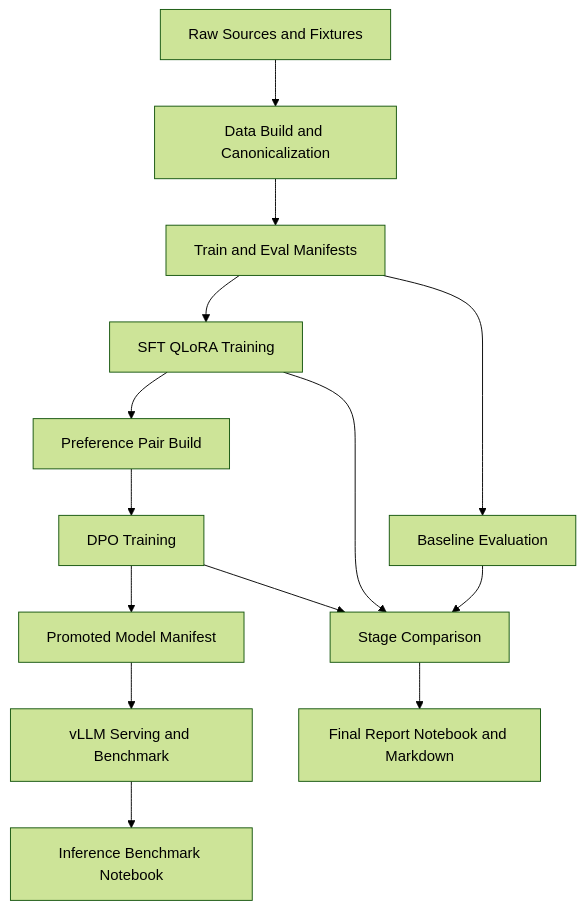
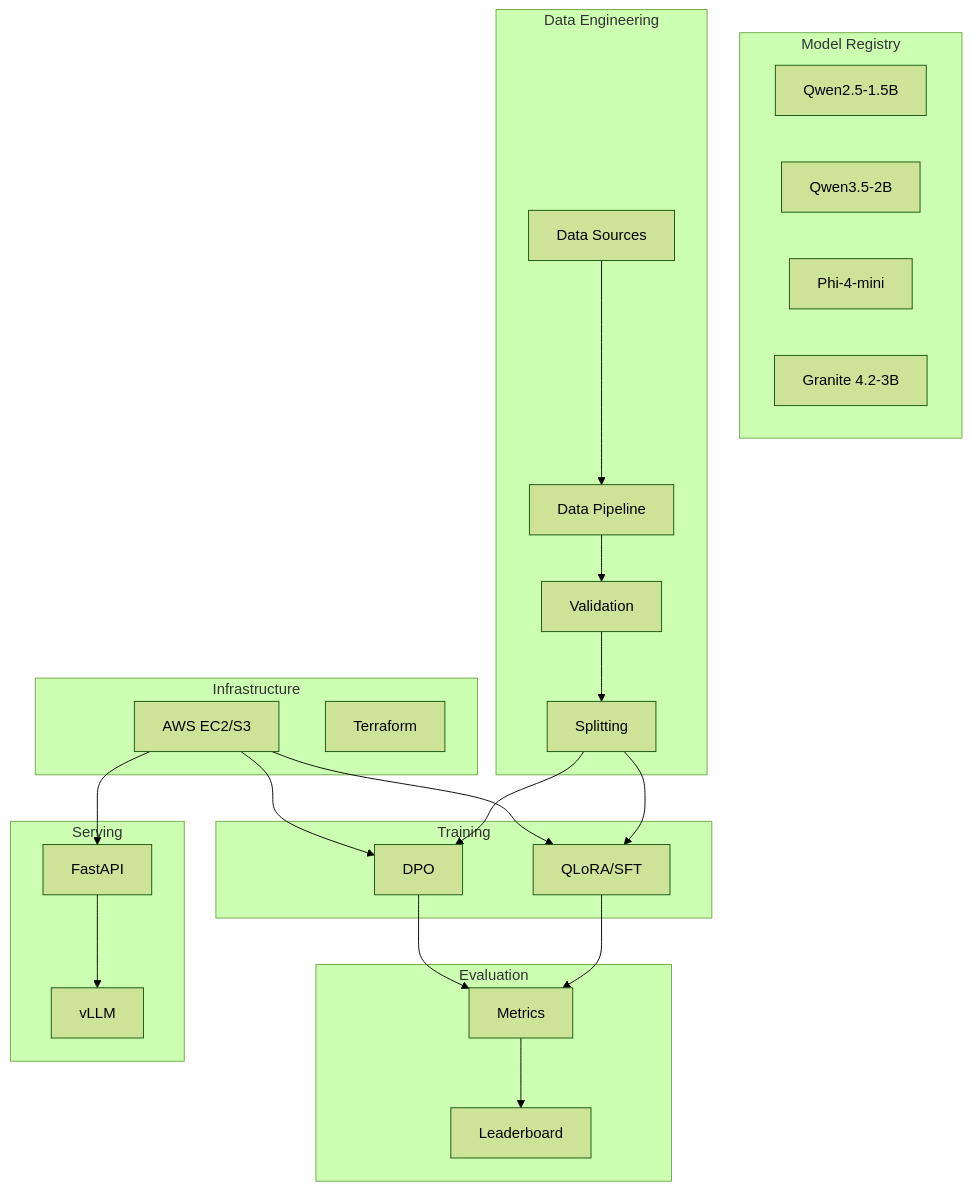
The diagram in README.md (Ayush-Singh986/Fine-Tuning-json-extraction-qlora-dpo), drawn with Mermaid (forest theme) before and after one commit. The commit also changed other lines of this file and 99 other files, not shown here.

````diff
--- a/README.md
+++ b/README.md
@@ -76,16 +80,49 @@
 ```mermaid
-flowchart TD
-  RawSources[Raw Sources and Fixtures] --> DataBuild[Data Build and Canonicalization]
-  DataBuild --> Manifests[Train and Eval Manifests]
-  Manifests --> BaselineEval[Baseline Evaluation]
-  Manifests --> SFTTrain[SFT QLoRA Training]
-  SFTTrain --> PrefBuild[Preference Pair Build]
-  PrefBuild --> DPOTrain[DPO Training]
-  BaselineEval --> Compare[Stage Comparison]
-  SFTTrain --> Compare
-  DPOTrain --> Compare
-  DPOTrain --> Promote[Promoted Model Manifest]
-  Promote --> VLLMServe[vLLM Serving and Benchmark]
-  VLLMServe --> InferenceReport[Inference Benchmark Notebook]
-  Compare --> FinalReport[Final Report Notebook and Markdown]
+flowchart TB
+    subgraph "Model Registry"
+        Qwen[Qwen2.5-1.5B]
+        Qwen3[Qwen3.5-2B]
+        Phi[Phi-4-mini]
+        Granite[Granite 4.2-3B]
+    end
+
+    subgraph "Data Engineering"
+        Sources[Data Sources]
+        Pipeline[Data Pipeline]
+        Validate[Validation]
+        Split[Splitting]
+    end
+
+    subgraph "Training"
+        SFT[QLoRA/SFT]
+        DPO[DPO]
+    end
+
+    subgraph "Evaluation"
+        Metrics[Metrics]
+        Leaderboard[Leaderboard]
+    end
+
+    subgraph "Serving"
+        API[FastAPI]
+        vLLM[vLLM]
+    end
+
+    subgraph "Infrastructure"
+        AWS[AWS EC2/S3]
+        Terraform[Terraform]
+    end
+
+    Sources --> Pipeline
+    Pipeline --> Validate
+    Validate --> Split
+    Split --> SFT
+    Split --> DPO
+    SFT --> Metrics
+    DPO --> Metrics
+    Metrics --> Leaderboard
+    API --> vLLM
+    AWS --> SFT
+    AWS --> DPO
+    AWS --> API
 ```
````
